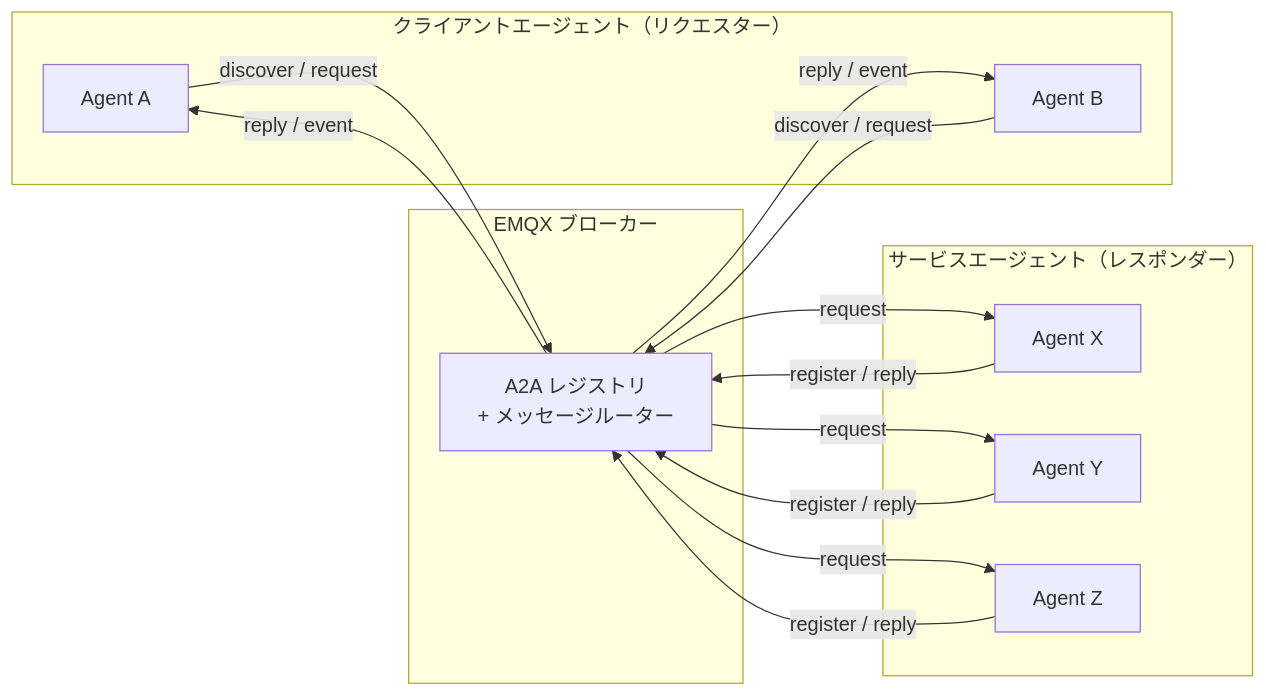
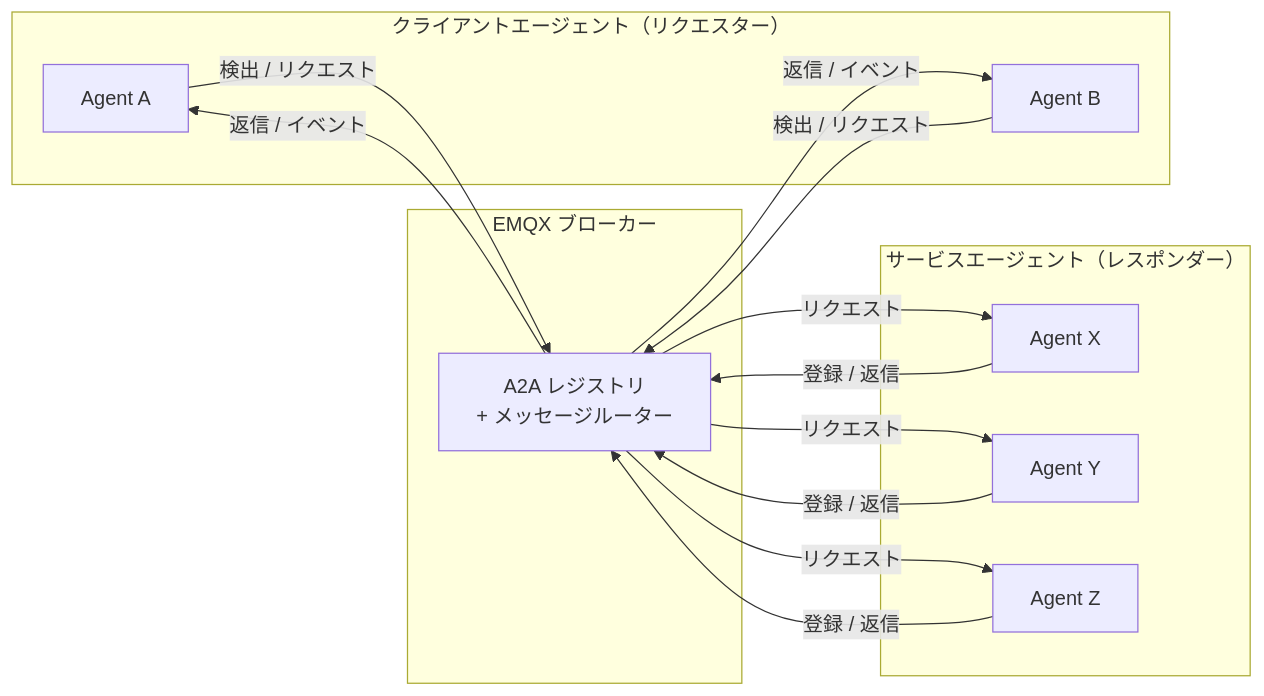
One commit to emqx/emqx-docs changed the first of 2 diagrams in ja_JP/develop/emqx-ai/a2a-over-mqtt/architecture.md. Above: the diagram before and after it, drawn with Mermaid. The commit also changed other lines of this file and 420 other files, not shown here.

````diff
--- a/ja_JP/develop/emqx-ai/a2a-over-mqtt/architecture.md
+++ b/ja_JP/develop/emqx-ai/a2a-over-mqtt/architecture.md
@@ -13,28 +13,28 @@
 ```mermaid
 graph LR
     subgraph "クライアントエージェント（リクエスター）"
         CA1[Agent A]
         CA2[Agent B]
     end
 
     subgraph "EMQX ブローカー"
         B[A2A レジストリ\n+ メッセージルーター]
     end
 
     subgraph "サービスエージェント（レスポンダー）"
         SA1[Agent X]
         SA2[Agent Y]
         SA3[Agent Z]
     end
 
-    CA1 -- "discover / request" --> B
-    CA2 -- "discover / request" --> B
-    B -- "reply / event" --> CA1
-    B -- "reply / event" --> CA2
-    B -- "request" --> SA1
-    B -- "request" --> SA2
-    B -- "request" --> SA3
-    SA1 -- "register / reply" --> B
-    SA2 -- "register / reply" --> B
-    SA3 -- "register / reply" --> B
+    CA1 -- "検出 / リクエスト" --> B
+    CA2 -- "検出 / リクエスト" --> B
+    B -- "返信 / イベント" --> CA1
+    B -- "返信 / イベント" --> CA2
+    B -- "リクエスト" --> SA1
+    B -- "リクエスト" --> SA2
+    B -- "リクエスト" --> SA3
+    SA1 -- "登録 / 返信" --> B
+    SA2 -- "登録 / 返信" --> B
+    SA3 -- "登録 / 返信" --> B
 ```
````
